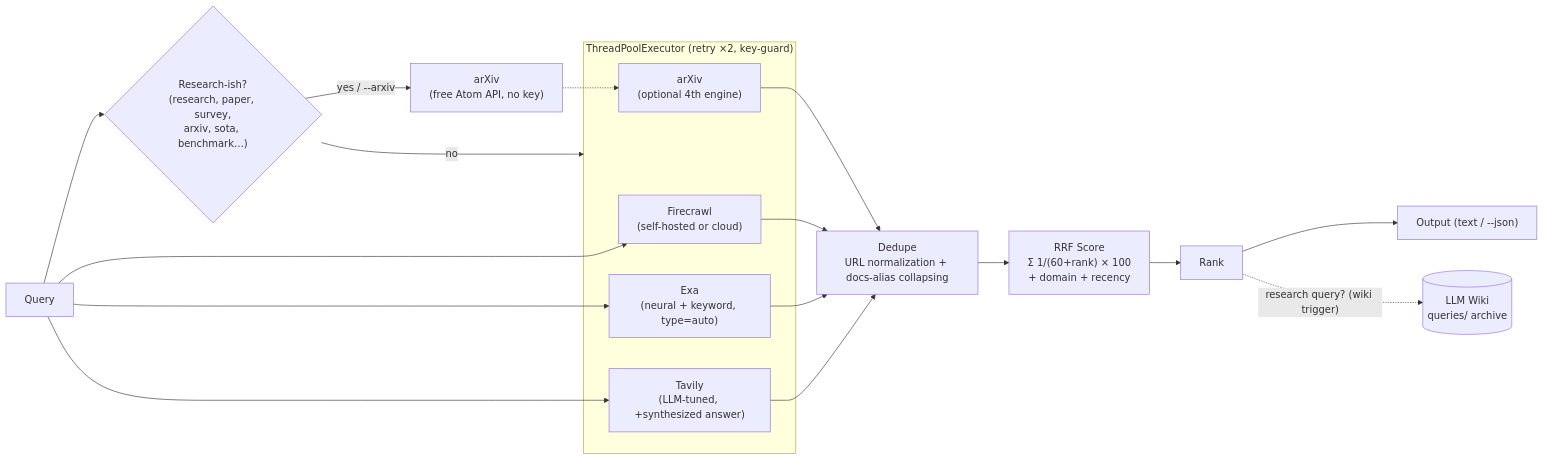
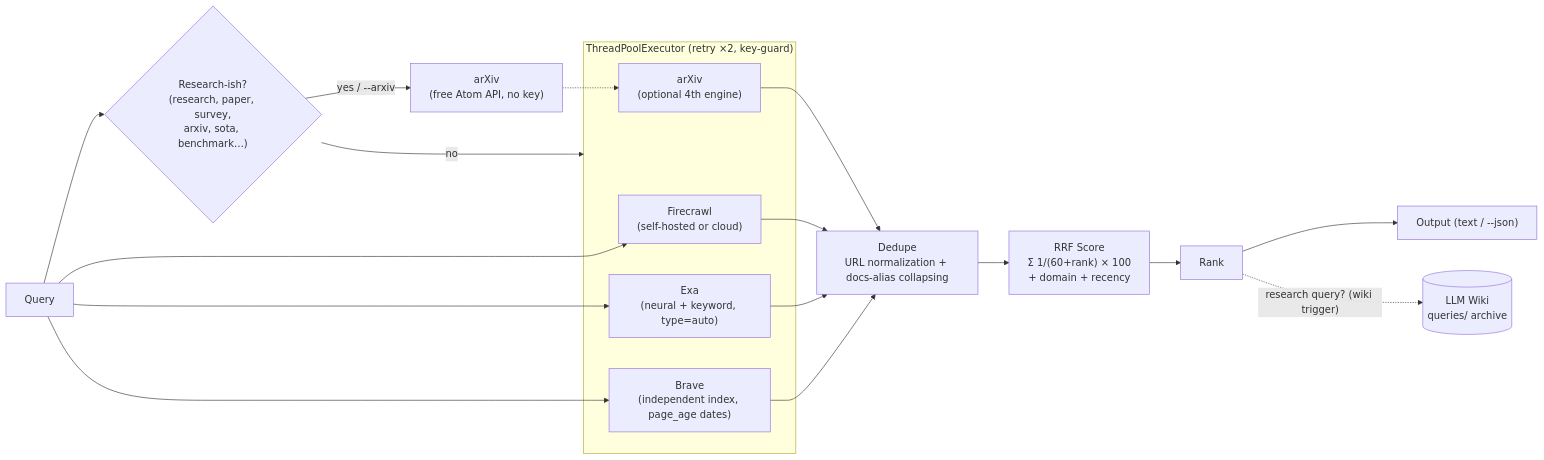
Before and after one commit to Green-Needle-Tech/llm-smart-search: the diagram in README.md, drawn with Mermaid. The commit also changed other lines of this file and 1 other file, not shown here.

First line of the commit message:
feat: Brave Search API replaces Tavily (v2.3.0)

````diff
--- a/README.md
+++ b/README.md
@@ -11,24 +11,24 @@
 ```mermaid
 flowchart LR
     Q[Query] --> G{"Research-ish?<br/>(research, paper, survey,<br/>arxiv, sota, benchmark…)"}
     G -- "yes / --arxiv" --> AX["arXiv<br/>(free Atom API, no key)"]
     G -- no --> P
     subgraph P ["ThreadPoolExecutor (retry ×2, key-guard)"]
         FC["Firecrawl<br/>(self-hosted or cloud)"]
         EX["Exa<br/>(neural + keyword, type=auto)"]
-        TV["Tavily<br/>(LLM-tuned, +synthesized answer)"]
+        BR["Brave<br/>(independent index, page_age dates)"]
         AX2["arXiv<br/>(optional 4th engine)"]
     end
     Q --> FC
     Q --> EX
-    Q --> TV
+    Q --> BR
     AX -.-> AX2
     FC --> DD["Dedupe<br/>URL normalization + docs-alias collapsing"]
     EX --> DD
-    TV --> DD
+    BR --> DD
     AX2 --> DD
     DD --> RRF["RRF Score<br/>Σ 1/(60+rank) × 100<br/>+ domain + recency"]
     RRF --> RK[Rank]
     RK --> OUT["Output (text / --json)"]
     RK -. "research query? (wiki trigger)" .-> WK[("LLM Wiki<br/>queries/ archive")]
 ```
````
